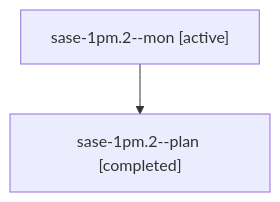
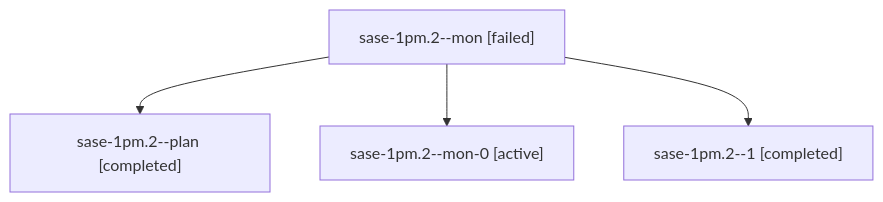
The diagram in sessions/bbugyi200.athena.sase-1pm.2.md (sase-org/sase--agents), drawn with Mermaid before and after one commit. The commit also changed other lines of this file and 1264 other files, not shown here.

````diff
--- a/sessions/bbugyi200.athena.sase-1pm.2.md
+++ b/sessions/bbugyi200.athena.sase-1pm.2.md
@@ -9,6 +9,10 @@
 ```mermaid
 flowchart TD
-  n0["sase-1pm.2--mon [active]"]
+  n0["sase-1pm.2--mon [failed]"]
   n1["sase-1pm.2--plan [completed]"]
   n0 --> n1
+  n2["sase-1pm.2--mon-0 [active]"]
+  n0 --> n2
+  n3["sase-1pm.2--1 [completed]"]
+  n0 --> n3
 ```
````
